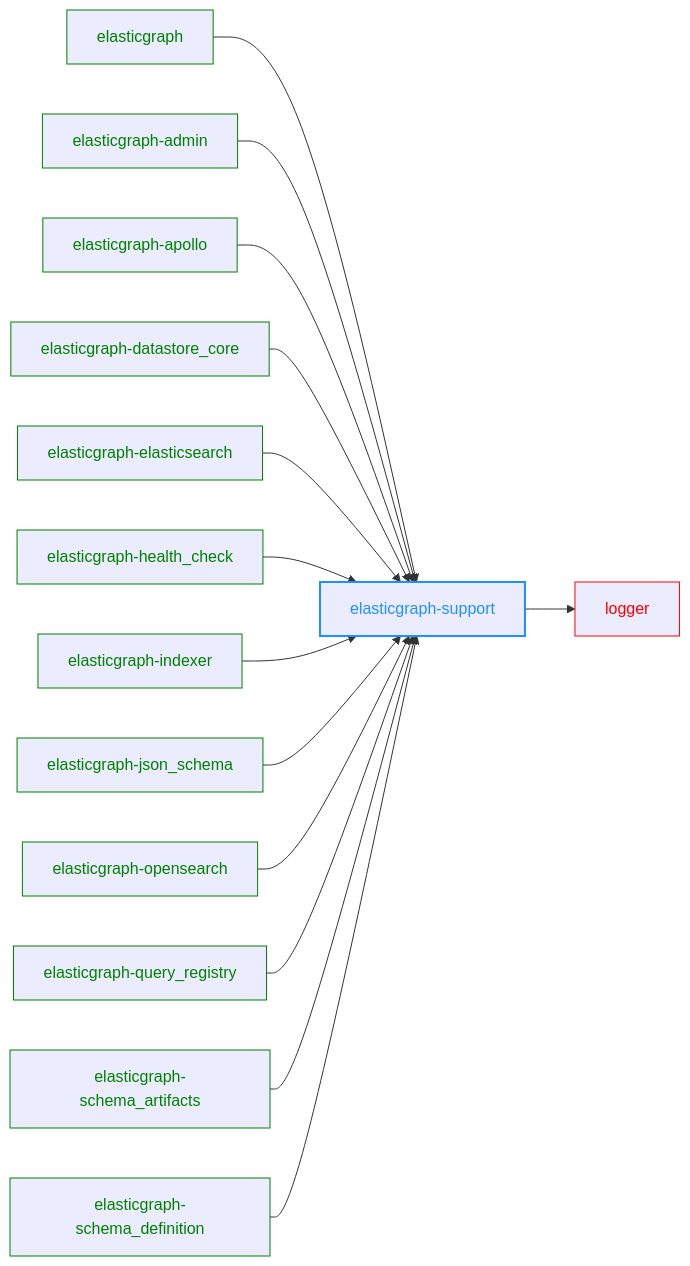
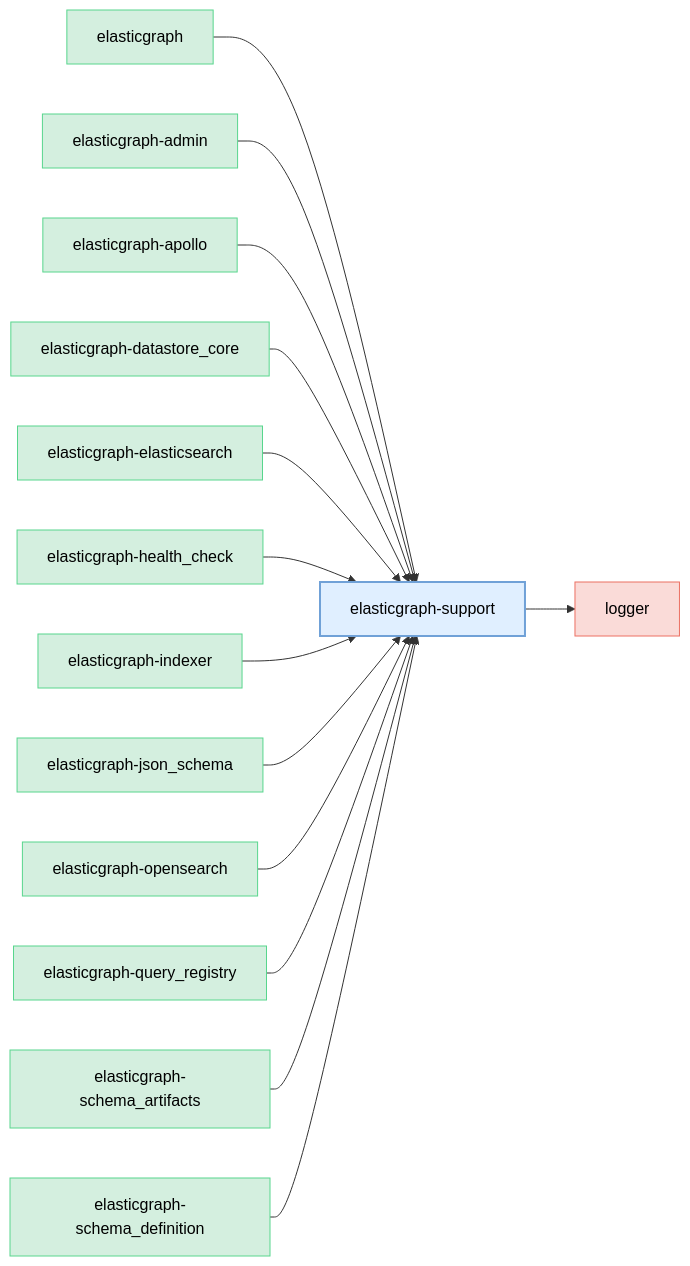
Before and after one commit to block/elasticgraph: the diagram in elasticgraph-support/README.md, drawn with Mermaid. The commit also changed 23 other files, not shown here.

````diff
--- a/elasticgraph-support/README.md
+++ b/elasticgraph-support/README.md
@@ -11,45 +11,48 @@
 ```mermaid
 graph LR;
+    classDef currentGemStyle fill:#E0EFFF,stroke:#70A1D7,color:#000,stroke-width:2px;
+    classDef internalEgGemStyle fill:#D4EFDF,stroke:#58D68D,color:#000;
+    classDef externalGemStyle fill:#FADBD8,stroke:#EC7063,color:#000;
     elasticgraph-support["elasticgraph-support"];
+    class elasticgraph-support currentGemStyle;
     logger["logger"];
     elasticgraph-support --> logger;
+    class logger externalGemStyle;
     elasticgraph["elasticgraph"];
     elasticgraph --> elasticgraph-support;
+    class elasticgraph internalEgGemStyle;
     elasticgraph-admin["elasticgraph-admin"];
     elasticgraph-admin --> elasticgraph-support;
+    class elasticgraph-admin internalEgGemStyle;
     elasticgraph-apollo["elasticgraph-apollo"];
     elasticgraph-apollo --> elasticgraph-support;
+    class elasticgraph-apollo internalEgGemStyle;
     elasticgraph-datastore_core["elasticgraph-datastore_core"];
     elasticgraph-datastore_core --> elasticgraph-support;
+    class elasticgraph-datastore_core internalEgGemStyle;
     elasticgraph-elasticsearch["elasticgraph-elasticsearch"];
     elasticgraph-elasticsearch --> elasticgraph-support;
+    class elasticgraph-elasticsearch internalEgGemStyle;
     elasticgraph-health_check["elasticgraph-health_check"];
     elasticgraph-health_check --> elasticgraph-support;
+    class elasticgraph-health_check internalEgGemStyle;
     elasticgraph-indexer["elasticgraph-indexer"];
     elasticgraph-indexer --> elasticgraph-support;
+    class elasticgraph-indexer internalEgGemStyle;
     elasticgraph-json_schema["elasticgraph-json_schema"];
     elasticgraph-json_schema --> elasticgraph-support;
+    class elasticgraph-json_schema internalEgGemStyle;
     elasticgraph-opensearch["elasticgraph-opensearch"];
     elasticgraph-opensearch --> elasticgraph-support;
+    class elasticgraph-opensearch internalEgGemStyle;
     elasticgraph-query_registry["elasticgraph-query_registry"];
     elasticgraph-query_registry --> elasticgraph-support;
+    class elasticgraph-query_registry internalEgGemStyle;
     elasticgraph-schema_artifacts["elasticgraph-schema_artifacts"];
     elasticgraph-schema_artifacts --> elasticgraph-support;
+    class elasticgraph-schema_artifacts internalEgGemStyle;
     elasticgraph-schema_definition["elasticgraph-schema_definition"];
     elasticgraph-schema_definition --> elasticgraph-support;
-    style elasticgraph-support color:DodgerBlue,stroke-width:2px,stroke:DodgerBlue;
-    style logger color:Red,stroke:Red;
-    style elasticgraph color:Green,stroke:Green;
-    style elasticgraph-admin color:Green,stroke:Green;
-    style elasticgraph-apollo color:Green,stroke:Green;
-    style elasticgraph-datastore_core color:Green,stroke:Green;
-    style elasticgraph-elasticsearch color:Green,stroke:Green;
-    style elasticgraph-health_check color:Green,stroke:Green;
-    style elasticgraph-indexer color:Green,stroke:Green;
-    style elasticgraph-json_schema color:Green,stroke:Green;
-    style elasticgraph-opensearch color:Green,stroke:Green;
-    style elasticgraph-query_registry color:Green,stroke:Green;
-    style elasticgraph-schema_artifacts color:Green,stroke:Green;
-    style elasticgraph-schema_definition color:Green,stroke:Green;
+    class elasticgraph-schema_definition internalEgGemStyle;
     click logger href "https://rubygems.org/gems/logger" "Open on RubyGems.org" _blank;
 ```
````
